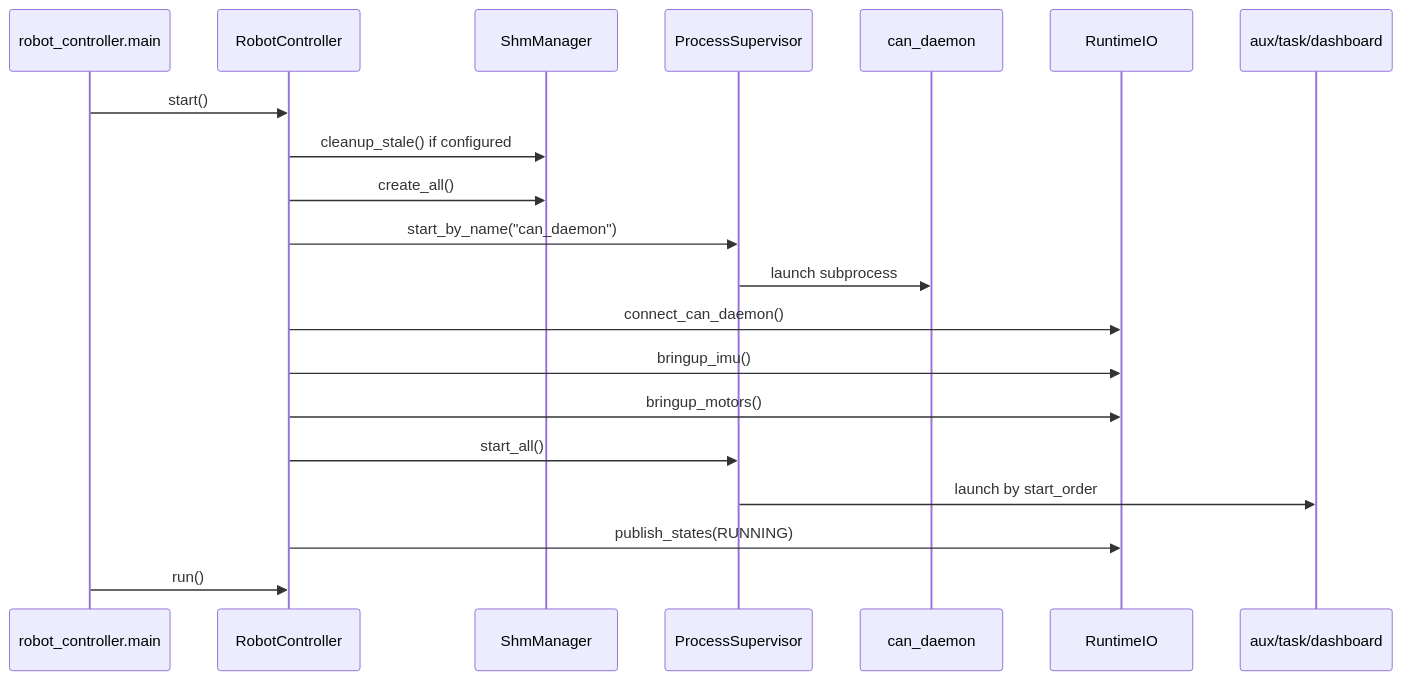
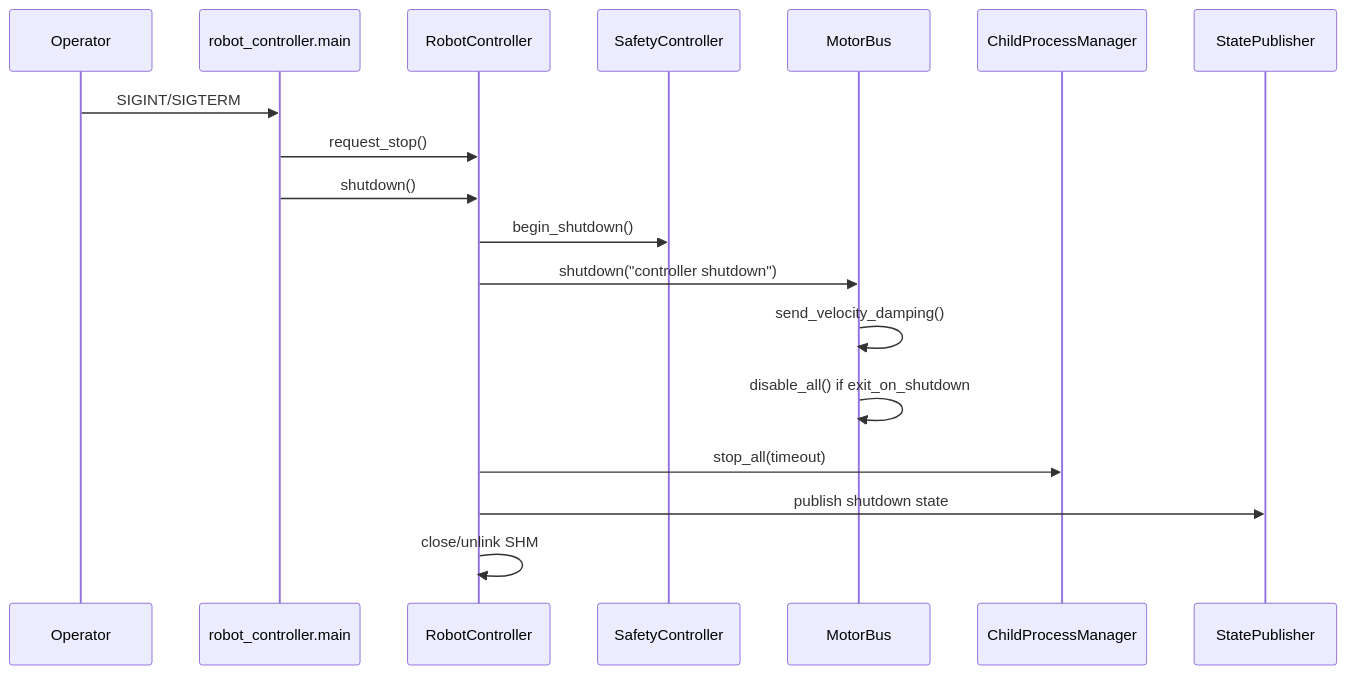
The second of 2 diagrams in docs/RUNBOOK.md (likesweetie/QHRR0-control), drawn with Mermaid before and after one commit. The commit also changed other lines of this file and 437 other files, not shown here.

````diff
--- a/docs/RUNBOOK.md
+++ b/docs/RUNBOOK.md
@@ -166,23 +86,21 @@
 ```mermaid
 sequenceDiagram
+    participant Op as Operator
     participant Main as robot_controller.main
     participant RC as RobotController
-    participant SHM as ShmManager
-    participant Sup as ProcessSupervisor
-    participant CAN as can_daemon
-    participant IO as RuntimeIO
-    participant Child as aux/task/dashboard
+    participant Safety as SafetyController
+    participant Motors as MotorBus
+    participant Proc as ChildProcessManager
+    participant Pub as StatePublisher
 
-    Main->>RC: start()
-    RC->>SHM: cleanup_stale() if configured
-    RC->>SHM: create_all()
-    RC->>Sup: start_by_name("can_daemon")
-    Sup->>CAN: launch subprocess
-    RC->>IO: connect_can_daemon()
-    RC->>IO: bringup_imu()
-    RC->>IO: bringup_motors()
-    RC->>Sup: start_all()
-    Sup->>Child: launch by start_order
-    RC->>IO: publish_states(RUNNING)
-    Main->>RC: run()
+    Op->>Main: SIGINT/SIGTERM
+    Main->>RC: request_stop()
+    Main->>RC: shutdown()
+    RC->>Safety: begin_shutdown()
+    RC->>Motors: shutdown("controller shutdown")
+    Motors->>Motors: send_velocity_damping()
+    Motors->>Motors: disable_all() if exit_on_shutdown
+    RC->>Proc: stop_all(timeout)
+    RC->>Pub: publish shutdown state
+    RC->>RC: close/unlink SHM
 ```
````
